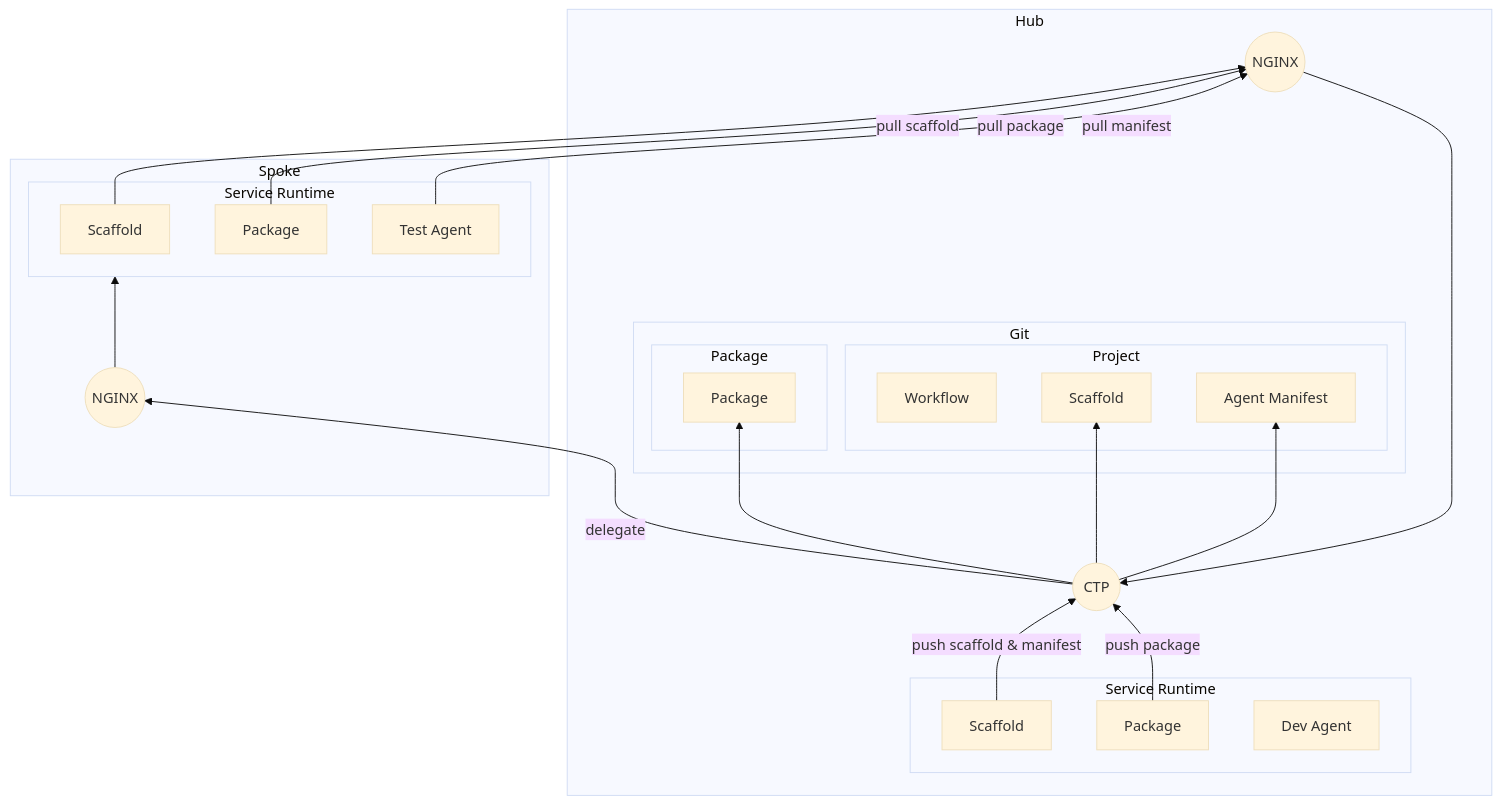
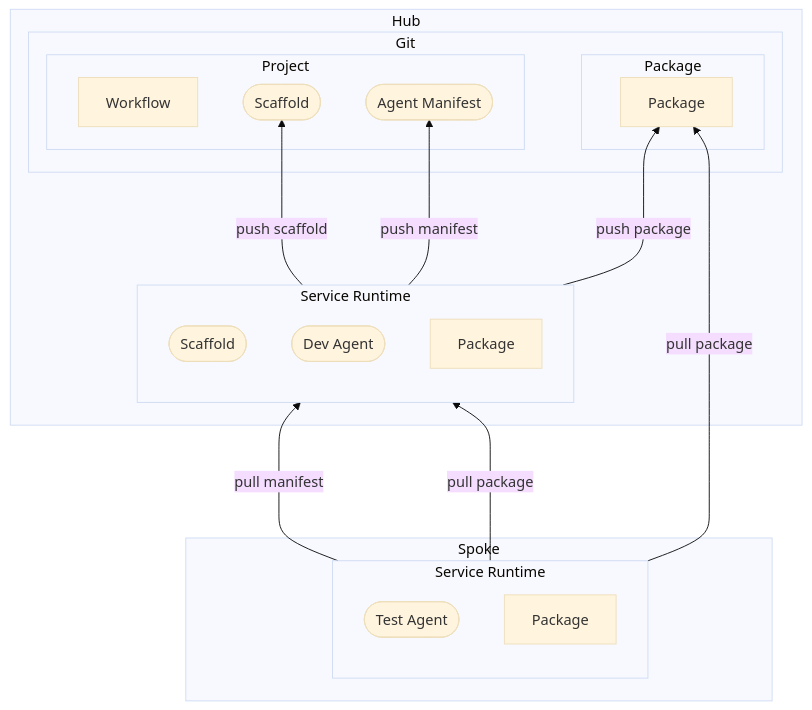
The diagram in app/src/doc/templates/origin.mmd (t-ibm/didymus), drawn with Mermaid (base theme) before and after one commit.

Commit message:
Removing the scaffold from the spoke

```diff
--- a/app/src/doc/templates/origin.mmd
+++ b/app/src/doc/templates/origin.mmd
@@ -1,38 +1,29 @@
 flowchart BT
   subgraph hub[Hub]
-    hub.ctp(("#8200;CTP#8200;"))
-    hub.nx(("NGINX"))
     subgraph hub.git["Git"]
       subgraph hub.git.project["Project"]
         hub.git.wf["Workflow"]
-        hub.git.sd["Scaffold"]
-        hub.git.am["Agent Manifest"]
+        hub.git.sd(["Scaffold"])
+        hub.git.am(["Agent Manifest"])
       end
       subgraph hub.git.pkg["Package"]
         hub.git.pkg.pkg["Package"]
       end
     end
     subgraph hub.svc["Service Runtime"]
-      hub.svc.scaffold["Scaffold"]
+      hub.svc.scaffold(["Scaffold"])
+      hub.svc.agent(["Dev Agent"])
       hub.svc.pkg["Package"]
-      hub.svc.agent["Dev Agent"]
     end
   end
   subgraph spoke [Spoke]
-    spoke.nx(("NGINX"))
     subgraph spoke.svc["Service Runtime"]
-      spoke.svc.scaffold["Scaffold"]
+      spoke.svc.agent(["Test Agent"])
       spoke.svc.pkg["Package"]
-      spoke.svc.agent["Test Agent"]
     end
   end
-  hub.svc.scaffold -- push scaffold & manifest --> hub.ctp
-  hub.svc.pkg -- push package--> hub.ctp
-  spoke.svc.scaffold -- pull scaffold --> hub.nx
-  spoke.svc.pkg -- pull package--> hub.nx
-  spoke.svc.agent -- pull manifest --> hub.nx
-  hub.nx --> hub.ctp
-  hub.ctp --> hub.git.am
-  hub.ctp --> hub.git.pkg.pkg
-  hub.ctp --> hub.git.sd
-  hub.ctp -- delegate --> spoke.nx --> spoke.svc
+  hub.svc -- push scaffold --> hub.git.sd
+  hub.svc -- push manifest --> hub.git.am
+  hub.svc -- push package ---> hub.git.pkg.pkg
+  spoke.svc -- pull manifest ---> hub.svc
+  spoke.svc -- pull package --> hub.svc & hub.git.pkg.pkg
```
